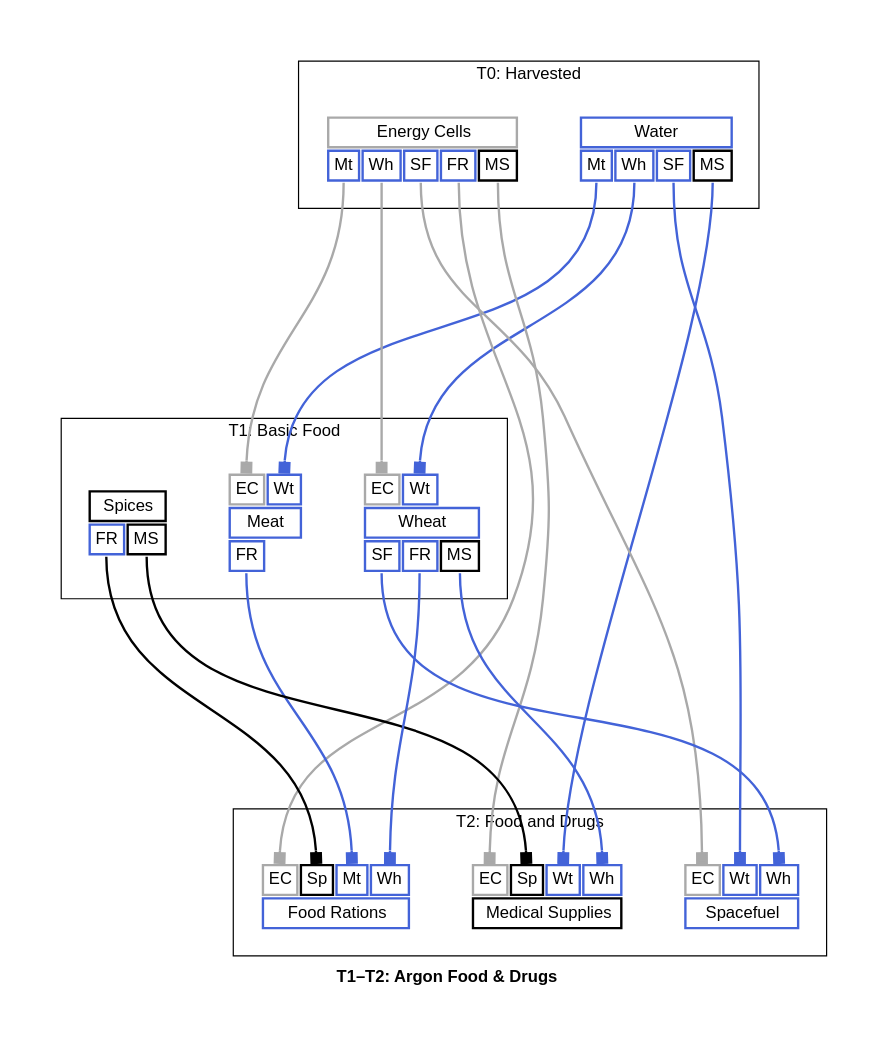
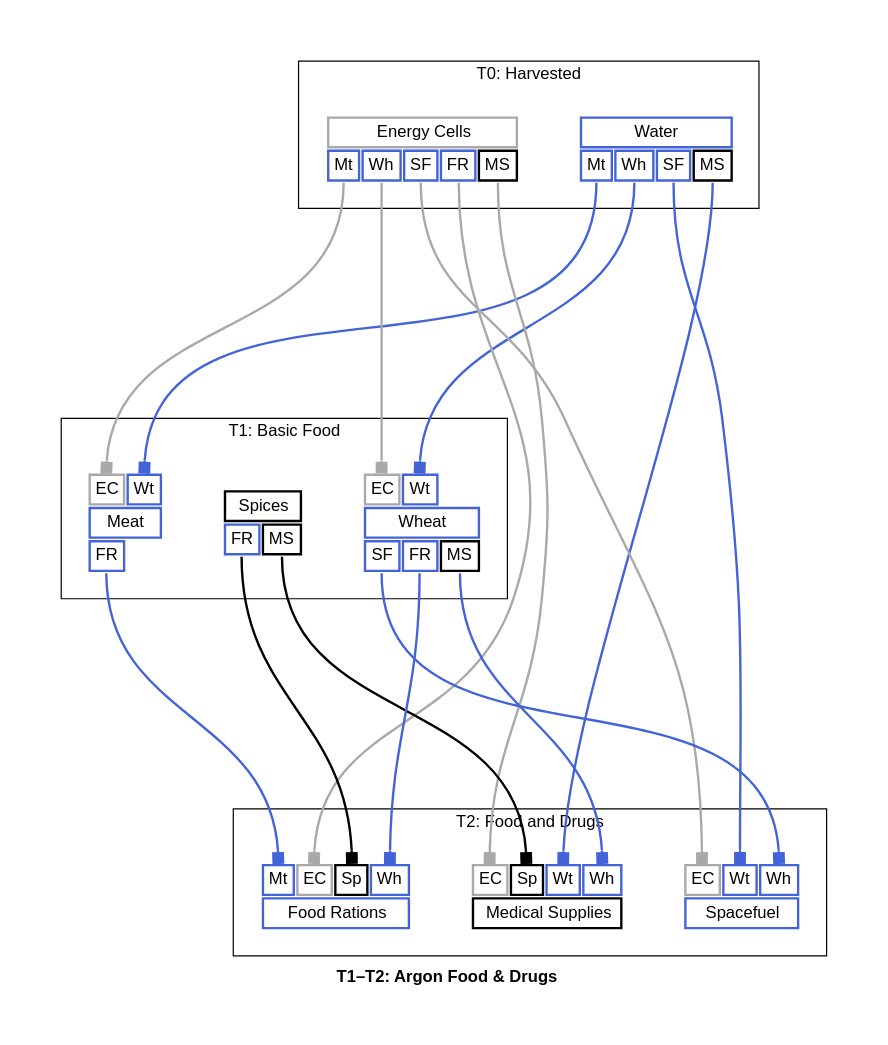
Before and after one commit to borntyping/x4-diagrams: the diagram in docs/t1_t2_argon_food_drugs_graph_full.dot, drawn with Graphviz. The commit also changed other lines of this file and 44 other files, not shown here.

```diff
--- a/docs/t1_t2_argon_food_drugs_graph_full.dot
+++ b/docs/t1_t2_argon_food_drugs_graph_full.dot
@@ -1,188 +1,188 @@
 digraph "X4 Economy" {
 	edge [arrowType=normal]
 	compound=true fontname="Helvetica,Arial,sans-serif"
 	label=<<b>T1–T2: Argon Food &amp; Drugs</b>>
 	graph [nodesep=0.3 pad=0.5 ranksep=3]
 	node [color=slategray1 fontname="Helvetica,Arial,sans-serif" margin=0.2 penwidth=2.0 shape=plaintext]
 	edge [arrowhead=normal arrowsize=1.0 fontname="Helvetica,Arial,sans-serif" headport=n penwidth=2.0 tailport=s]
 	subgraph 0 {
 		cluster=true label="T0: Harvested"
 		water [label=<<table border="0" cellborder="2" cellpadding="4" cellspacing="1" fixedsize="false" id="water" port="output">
   
   <tr>
     <td align="text" bgcolor="white" color="#4363d8" colspan="4">Water</td>
   </tr>
   
     <tr>
       
         <td align="text" bgcolor="white" color="#4363d8" port="meat">Mt</td>
       
         <td align="text" bgcolor="white" color="#4363d8" port="wheat">Wh</td>
       
         <td align="text" bgcolor="white" color="#4363d8" port="spacefuel">SF</td>
       
         <td align="text" bgcolor="white" color="#000000" port="medical_supplies">MS</td>
       
     </tr>
   
 </table>>]
 		energy_cells [label=<<table border="0" cellborder="2" cellpadding="4" cellspacing="1" fixedsize="false" id="energy_cells" port="output">
   
   <tr>
     <td align="text" bgcolor="white" color="#a9a9a9" colspan="5">Energy Cells</td>
   </tr>
   
     <tr>
       
         <td align="text" bgcolor="white" color="#4363d8" port="meat">Mt</td>
       
         <td align="text" bgcolor="white" color="#4363d8" port="wheat">Wh</td>
       
         <td align="text" bgcolor="white" color="#4363d8" port="spacefuel">SF</td>
       
         <td align="text" bgcolor="white" color="#4363d8" port="food_rations">FR</td>
       
         <td align="text" bgcolor="white" color="#000000" port="medical_supplies">MS</td>
       
     </tr>
   
 </table>>]
 	}
 	subgraph 1 {
 		cluster=true label="T1: Basic Food"
 		meat [label=<<table border="0" cellborder="2" cellpadding="4" cellspacing="1" fixedsize="false" id="meat" port="output">
   
     <tr>
       
         <td align="text" bgcolor="white" color="#a9a9a9" port="energy_cells">EC</td>
       
         <td align="text" bgcolor="white" color="#4363d8" port="water">Wt</td>
       
     </tr>
   
   <tr>
     <td align="text" bgcolor="white" color="#4363d8" colspan="2">Meat</td>
   </tr>
   
     <tr>
       
         <td align="text" bgcolor="white" color="#4363d8" port="food_rations">FR</td>
       
     </tr>
   
 </table>>]
 		spices [label=<<table border="0" cellborder="2" cellpadding="4" cellspacing="1" fixedsize="false" id="spices" port="output">
   
   <tr>
     <td align="text" bgcolor="white" color="#000000" colspan="2">Spices</td>
   </tr>
   
     <tr>
       
         <td align="text" bgcolor="white" color="#4363d8" port="food_rations">FR</td>
       
         <td align="text" bgcolor="white" color="#000000" port="medical_supplies">MS</td>
       
     </tr>
   
 </table>>]
 		wheat [label=<<table border="0" cellborder="2" cellpadding="4" cellspacing="1" fixedsize="false" id="wheat" port="output">
   
     <tr>
       
         <td align="text" bgcolor="white" color="#a9a9a9" port="energy_cells">EC</td>
       
         <td align="text" bgcolor="white" color="#4363d8" port="water">Wt</td>
       
     </tr>
   
   <tr>
     <td align="text" bgcolor="white" color="#4363d8" colspan="3">Wheat</td>
   </tr>
   
     <tr>
       
         <td align="text" bgcolor="white" color="#4363d8" port="spacefuel">SF</td>
       
         <td align="text" bgcolor="white" color="#4363d8" port="food_rations">FR</td>
       
         <td align="text" bgcolor="white" color="#000000" port="medical_supplies">MS</td>
       
     </tr>
   
 </table>>]
 	}
 	subgraph 2 {
 		cluster=true label="T2: Food and Drugs"
 		spacefuel [label=<<table border="0" cellborder="2" cellpadding="4" cellspacing="1" fixedsize="false" id="spacefuel" port="output">
   
     <tr>
       
         <td align="text" bgcolor="white" color="#a9a9a9" port="energy_cells">EC</td>
       
         <td align="text" bgcolor="white" color="#4363d8" port="water">Wt</td>
       
         <td align="text" bgcolor="white" color="#4363d8" port="wheat">Wh</td>
       
     </tr>
   
   <tr>
     <td align="text" bgcolor="white" color="#4363d8" colspan="3">Spacefuel</td>
   </tr>
   
 </table>>]
 		food_rations [label=<<table border="0" cellborder="2" cellpadding="4" cellspacing="1" fixedsize="false" id="food_rations" port="output">
   
     <tr>
       
+        <td align="text" bgcolor="white" color="#4363d8" port="meat">Mt</td>
+      
         <td align="text" bgcolor="white" color="#a9a9a9" port="energy_cells">EC</td>
       
         <td align="text" bgcolor="white" color="#000000" port="spices">Sp</td>
-      
-        <td align="text" bgcolor="white" color="#4363d8" port="meat">Mt</td>
       
         <td align="text" bgcolor="white" color="#4363d8" port="wheat">Wh</td>
       
     </tr>
   
   <tr>
     <td align="text" bgcolor="white" color="#4363d8" colspan="4">Food Rations</td>
   </tr>
   
 </table>>]
 		medical_supplies [label=<<table border="0" cellborder="2" cellpadding="4" cellspacing="1" fixedsize="false" id="medical_supplies" port="output">
   
     <tr>
       
         <td align="text" bgcolor="white" color="#a9a9a9" port="energy_cells">EC</td>
       
         <td align="text" bgcolor="white" color="#000000" port="spices">Sp</td>
       
         <td align="text" bgcolor="white" color="#4363d8" port="water">Wt</td>
       
         <td align="text" bgcolor="white" color="#4363d8" port="wheat">Wh</td>
       
     </tr>
   
   <tr>
     <td align="text" bgcolor="white" color="#000000" colspan="4">Medical Supplies</td>
   </tr>
   
 </table>>]
 	}
 	energy_cells:meat:s -> meat:energy_cells:n [arrowhead=box color="#a9a9a9" weight=1.0]
 	water:meat:s -> meat:water:n [arrowhead=box color="#4363d8" weight=1.0]
 	energy_cells:wheat:s -> wheat:energy_cells:n [arrowhead=box color="#a9a9a9" weight=1.0]
 	water:wheat:s -> wheat:water:n [arrowhead=box color="#4363d8" weight=1.0]
 	energy_cells:spacefuel:s -> spacefuel:energy_cells:n [arrowhead=box color="#a9a9a9" weight=1.0]
 	water:spacefuel:s -> spacefuel:water:n [arrowhead=box color="#4363d8" weight=1.0]
 	wheat:spacefuel:s -> spacefuel:wheat:n [arrowhead=box color="#4363d8" weight=1.0]
 	energy_cells:food_rations:s -> food_rations:energy_cells:n [arrowhead=box color="#a9a9a9" weight=1.0]
 	meat:food_rations:s -> food_rations:meat:n [arrowhead=box color="#4363d8" weight=1.0]
 	spices:food_rations:s -> food_rations:spices:n [arrowhead=box color="#000000" weight=1.0]
 	wheat:food_rations:s -> food_rations:wheat:n [arrowhead=box color="#4363d8" weight=1.0]
 	energy_cells:medical_supplies:s -> medical_supplies:energy_cells:n [arrowhead=box color="#a9a9a9" weight=1.0]
 	spices:medical_supplies:s -> medical_supplies:spices:n [arrowhead=box color="#000000" weight=1.0]
 	water:medical_supplies:s -> medical_supplies:water:n [arrowhead=box color="#4363d8" weight=1.0]
 	wheat:medical_supplies:s -> medical_supplies:wheat:n [arrowhead=box color="#4363d8" weight=1.0]
 }
```
